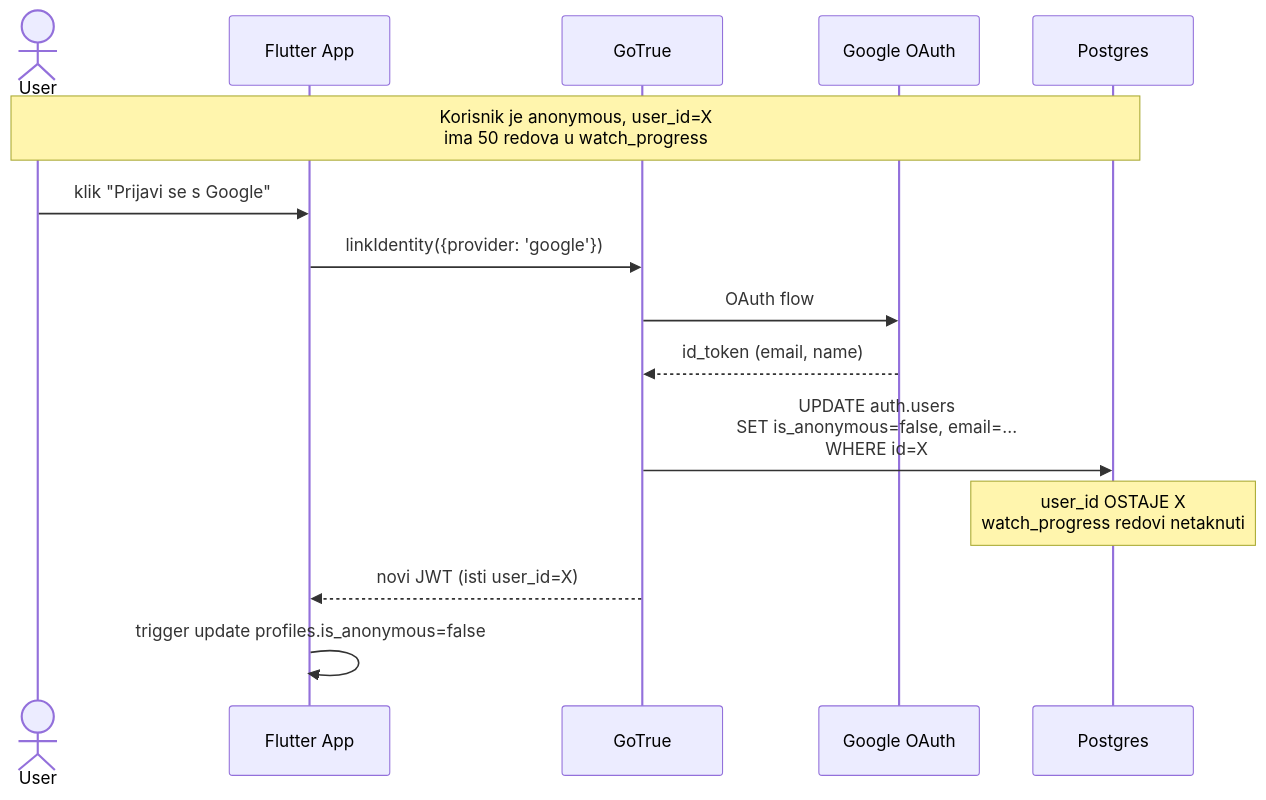
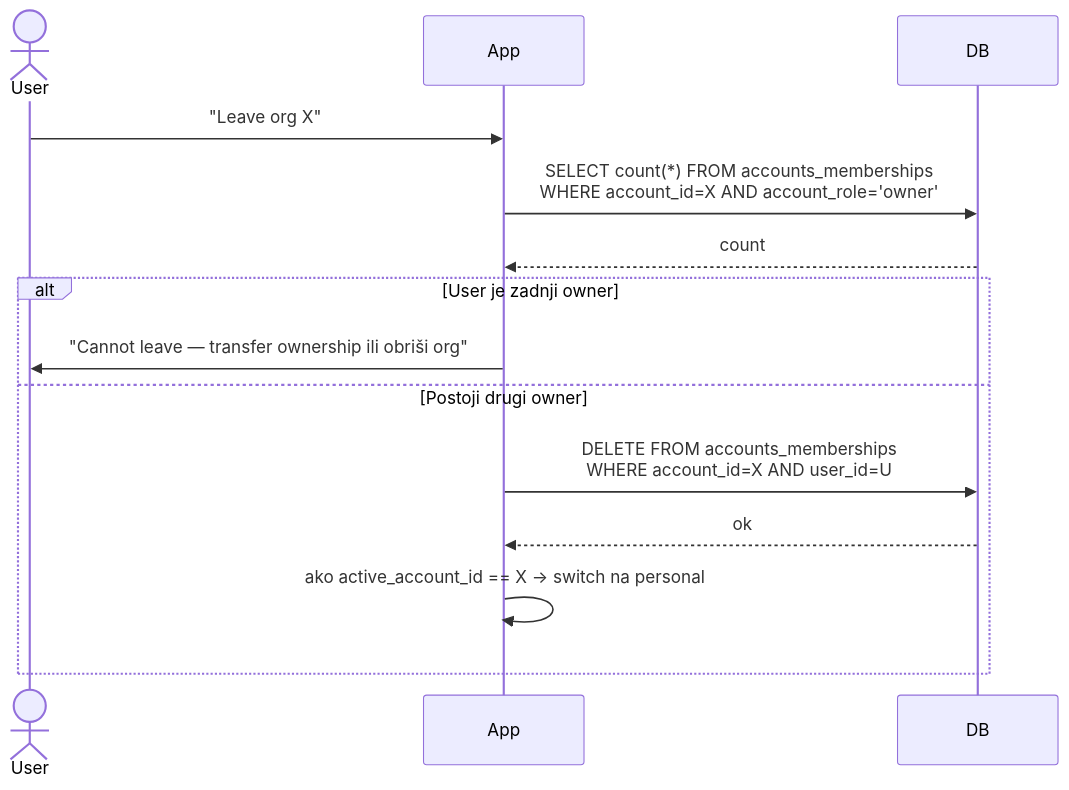
One commit to domovinatv/ai.domovina.tv changed the tenth of 13 diagrams in docs/auth-and-database-plan.md. Above: the diagram before and after it, drawn with Mermaid. The commit also changed other lines of this file, not shown here.

First line of the commit message:
docs(auth): v2 — GitHub-style accounts/orgs + Supabase best practices

````diff
--- a/docs/auth-and-database-plan.md
+++ b/docs/auth-and-database-plan.md
@@ -381,19 +571,18 @@
 ```mermaid
 sequenceDiagram
-    actor User
-    participant App as Flutter App
-    participant Auth as GoTrue
-    participant Google as Google OAuth
-    participant DB as Postgres
+    actor U as User
+    participant App
+    participant DB
 
-    Note over User,DB: Korisnik je anonymous, user_id=X<br/>ima 50 redova u watch_progress
+    U->>App: "Leave org X"
+    App->>DB: SELECT count(*) FROM accounts_memberships<br/>WHERE account_id=X AND account_role='owner'
+    DB-->>App: count
 
-    User->>App: klik "Prijavi se s Google"
-    App->>Auth: linkIdentity({provider: 'google'})
-    Auth->>Google: OAuth flow
-    Google-->>Auth: id_token (email, name)
-    Auth->>DB: UPDATE auth.users<br/>SET is_anonymous=false, email=...<br/>WHERE id=X
-    Note over DB: user_id OSTAJE X<br/>watch_progress redovi netaknuti
-    Auth-->>App: novi JWT (isti user_id=X)
-    App->>App: trigger update profiles.is_anonymous=false
+    alt User je zadnji owner
+        App->>U: "Cannot leave — transfer ownership ili obriši org"
+    else Postoji drugi owner
+        App->>DB: DELETE FROM accounts_memberships<br/>WHERE account_id=X AND user_id=U
+        DB-->>App: ok
+        App->>App: ako active_account_id == X → switch na personal
+    end
 ```
````
